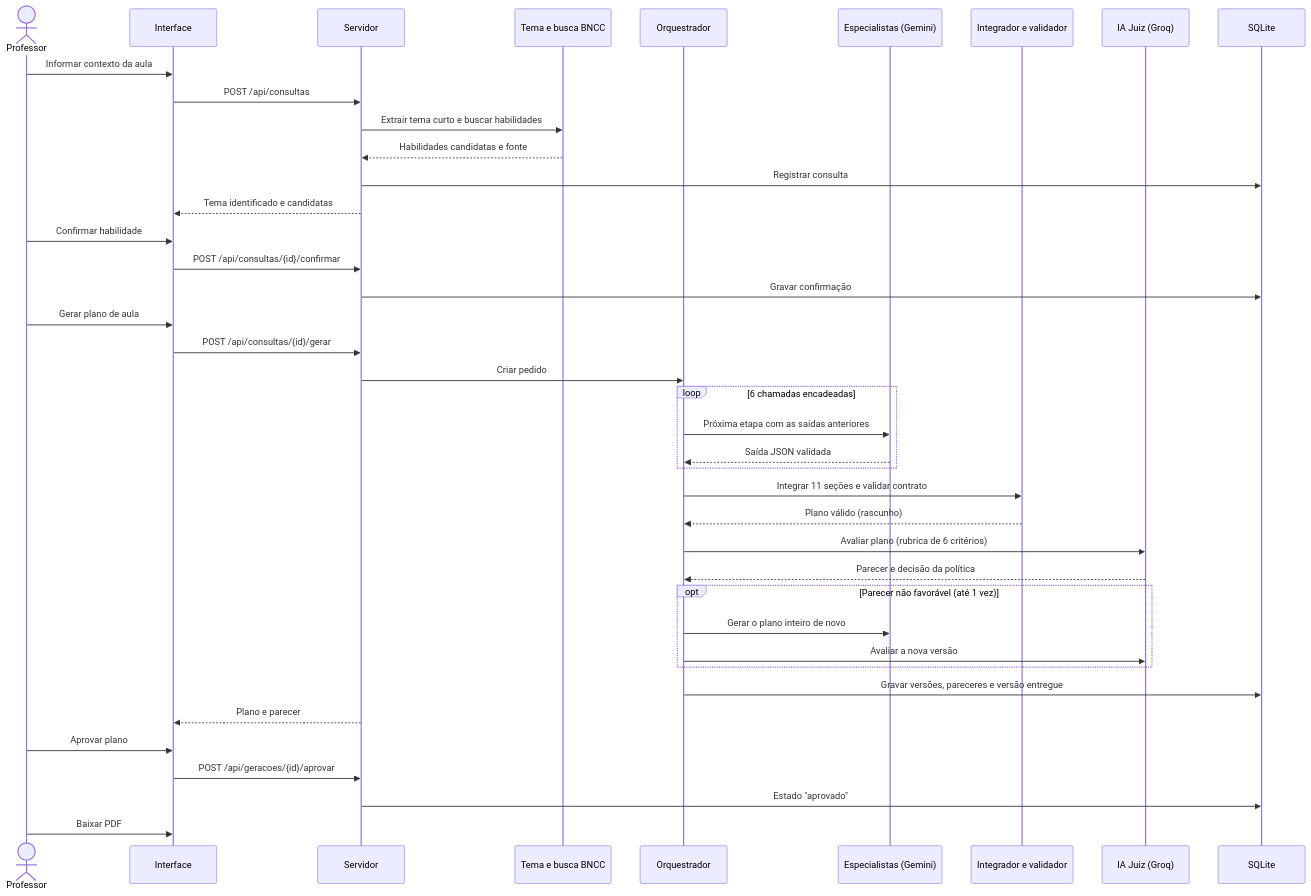
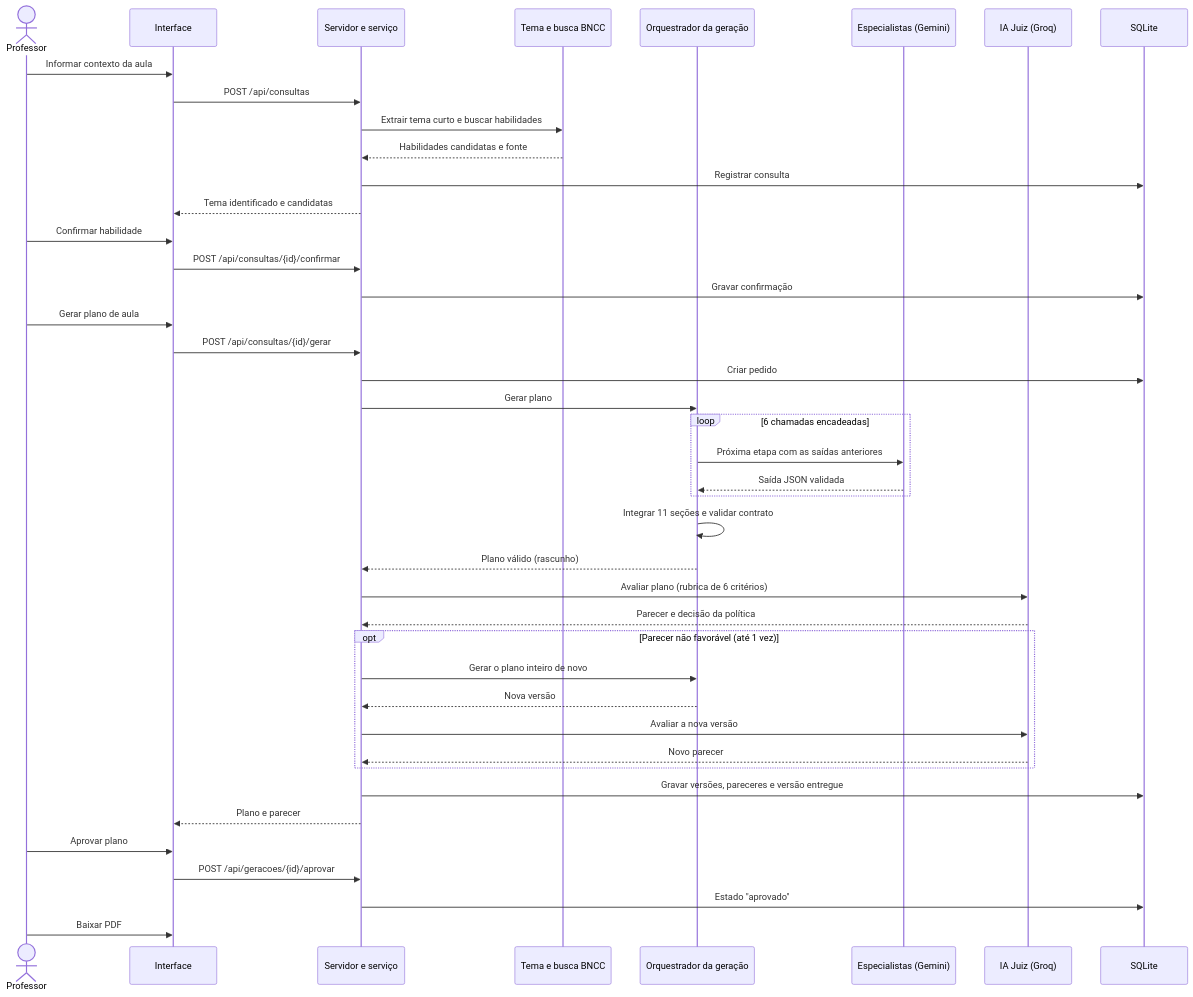
Before and after one commit to Carneiro-Joao/tcc-plataforma-multiagente: the second of 5 diagrams in docs/diagramas/diagramas-finais.md, drawn with Mermaid. The commit also changed 3 other files, not shown here.

First line of the commit message:
docs(diagramas): sequencia com servico chamando a IA Juiz, coerente com o codigo e o diagrama de componentes

````diff
--- a/docs/diagramas/diagramas-finais.md
+++ b/docs/diagramas/diagramas-finais.md
@@ -63,42 +63,44 @@
 ```mermaid
 sequenceDiagram
     actor P as Professor
     participant UI as Interface
-    participant API as Servidor
+    participant SV as Servidor e serviço
     participant BUS as Tema e busca BNCC
-    participant ORQ as Orquestrador
+    participant ORQ as Orquestrador da geração
     participant ESP as Especialistas (Gemini)
-    participant VAL as Integrador e validador
     participant J as IA Juiz (Groq)
     participant DB as SQLite
     P->>UI: Informar contexto da aula
-    UI->>API: POST /api/consultas
-    API->>BUS: Extrair tema curto e buscar habilidades
-    BUS-->>API: Habilidades candidatas e fonte
-    API->>DB: Registrar consulta
-    API-->>UI: Tema identificado e candidatas
+    UI->>SV: POST /api/consultas
+    SV->>BUS: Extrair tema curto e buscar habilidades
+    BUS-->>SV: Habilidades candidatas e fonte
+    SV->>DB: Registrar consulta
+    SV-->>UI: Tema identificado e candidatas
     P->>UI: Confirmar habilidade
-    UI->>API: POST /api/consultas/{id}/confirmar
-    API->>DB: Gravar confirmação
+    UI->>SV: POST /api/consultas/{id}/confirmar
+    SV->>DB: Gravar confirmação
     P->>UI: Gerar plano de aula
-    UI->>API: POST /api/consultas/{id}/gerar
-    API->>ORQ: Criar pedido
+    UI->>SV: POST /api/consultas/{id}/gerar
+    SV->>DB: Criar pedido
+    SV->>ORQ: Gerar plano
     loop 6 chamadas encadeadas
         ORQ->>ESP: Próxima etapa com as saídas anteriores
         ESP-->>ORQ: Saída JSON validada
     end
-    ORQ->>VAL: Integrar 11 seções e validar contrato
-    VAL-->>ORQ: Plano válido (rascunho)
-    ORQ->>J: Avaliar plano (rubrica de 6 critérios)
-    J-->>ORQ: Parecer e decisão da política
+    ORQ->>ORQ: Integrar 11 seções e validar contrato
+    ORQ-->>SV: Plano válido (rascunho)
+    SV->>J: Avaliar plano (rubrica de 6 critérios)
+    J-->>SV: Parecer e decisão da política
     opt Parecer não favorável (até 1 vez)
-        ORQ->>ESP: Gerar o plano inteiro de novo
-        ORQ->>J: Avaliar a nova versão
+        SV->>ORQ: Gerar o plano inteiro de novo
+        ORQ-->>SV: Nova versão
+        SV->>J: Avaliar a nova versão
+        J-->>SV: Novo parecer
     end
-    ORQ->>DB: Gravar versões, pareceres e versão entregue
-    API-->>UI: Plano e parecer
+    SV->>DB: Gravar versões, pareceres e versão entregue
+    SV-->>UI: Plano e parecer
     P->>UI: Aprovar plano
-    UI->>API: POST /api/geracoes/{id}/aprovar
-    API->>DB: Estado "aprovado"
+    UI->>SV: POST /api/geracoes/{id}/aprovar
+    SV->>DB: Estado "aprovado"
     P->>UI: Baixar PDF
 ```
````
